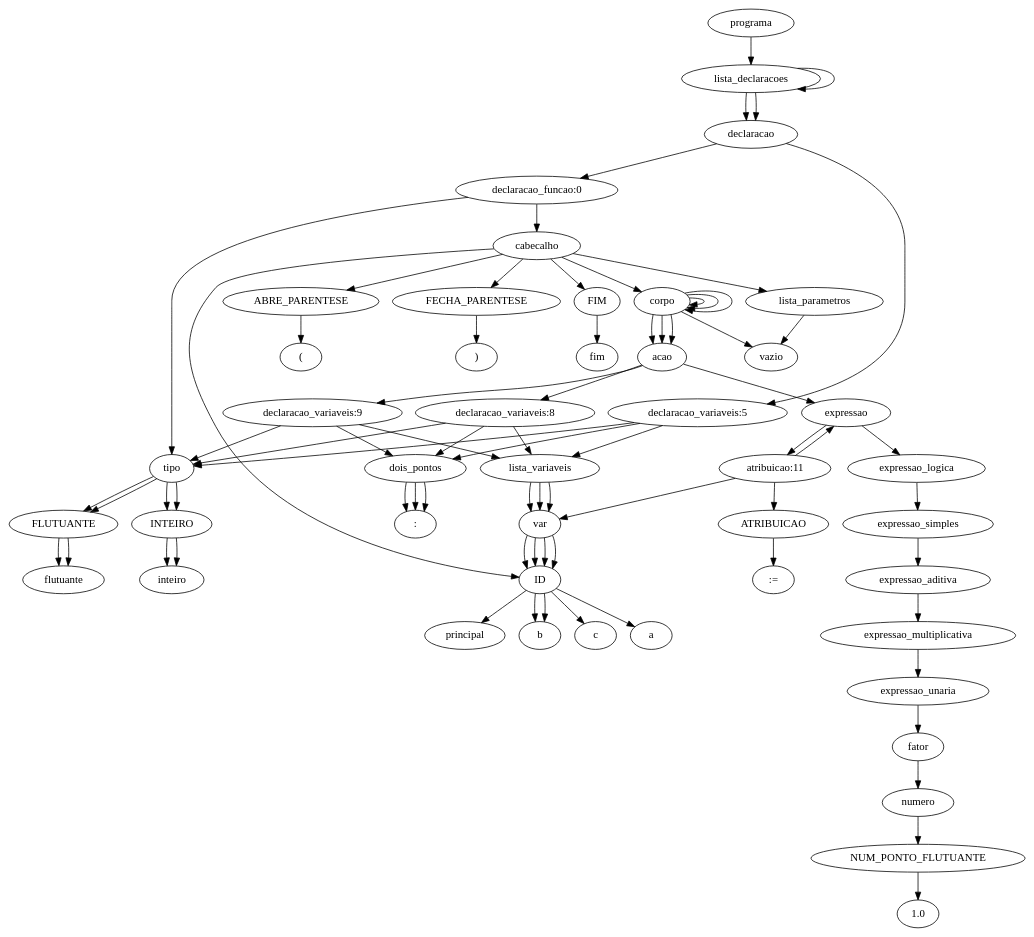
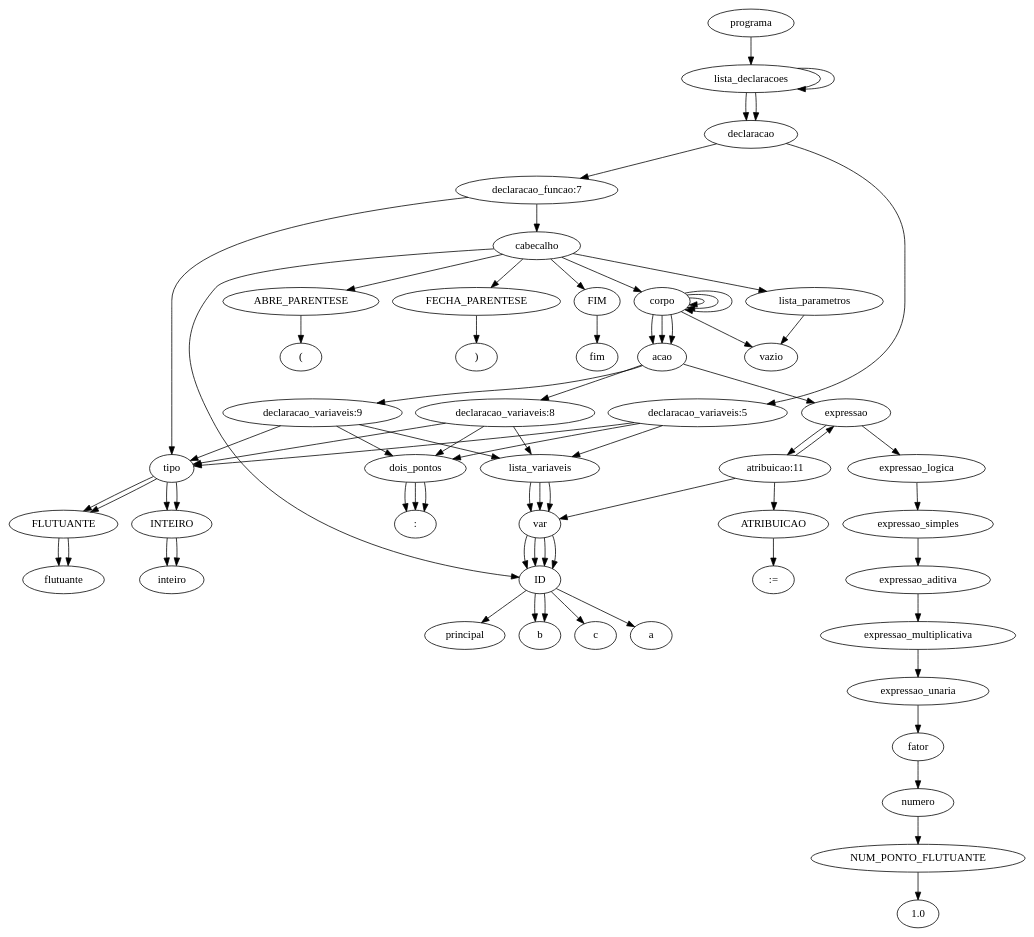
One commit to JuanFSR/Compiladores changed the diagram in 7.AnaliseSemantica/implementacao/semantica-testes/sema-009.tpp.ast.dot. Above: the diagram before and after it, drawn with Graphviz. The commit also changed 105 other files, not shown here.

```diff
--- a/7.AnaliseSemantica/implementacao/semantica-testes/sema-009.tpp.ast.dot
+++ b/7.AnaliseSemantica/implementacao/semantica-testes/sema-009.tpp.ast.dot
@@ -1,151 +1,151 @@
 digraph tree {
     "programa";
     "lista_declaracoes";
     "lista_declaracoes";
     "declaracao";
     "declaracao_variaveis:5";
     "tipo";
     "FLUTUANTE";
     "flutuante";
     "dois_pontos";
     ":";
     "lista_variaveis";
     "var";
     "ID";
     "a";
     "declaracao";
-    "declaracao_funcao:0";
+    "declaracao_funcao:7";
     "tipo";
     "INTEIRO";
     "inteiro";
     "cabecalho";
     "ID";
     "principal";
     "ABRE_PARENTESE";
     "(";
     "lista_parametros";
     "vazio";
     "FECHA_PARENTESE";
     ")";
     "corpo";
     "corpo";
     "corpo";
     "corpo";
     "vazio";
     "acao";
     "declaracao_variaveis:8";
     "tipo";
     "FLUTUANTE";
     "flutuante";
     "dois_pontos";
     ":";
     "lista_variaveis";
     "var";
     "ID";
     "b";
     "acao";
     "declaracao_variaveis:9";
     "tipo";
     "INTEIRO";
     "inteiro";
     "dois_pontos";
     ":";
     "lista_variaveis";
     "var";
     "ID";
     "c";
     "acao";
     "expressao";
     "atribuicao:11";
     "var";
     "ID";
     "b";
     "ATRIBUICAO";
     ":=";
     "expressao";
     "expressao_logica";
     "expressao_simples";
     "expressao_aditiva";
     "expressao_multiplicativa";
     "expressao_unaria";
     "fator";
     "numero";
     "NUM_PONTO_FLUTUANTE";
     "1.0";
     "FIM";
     "fim";
     "programa" -> "lista_declaracoes";
     "lista_declaracoes" -> "lista_declaracoes";
     "lista_declaracoes" -> "declaracao";
     "lista_declaracoes" -> "declaracao";
     "declaracao" -> "declaracao_variaveis:5";
     "declaracao_variaveis:5" -> "tipo";
     "declaracao_variaveis:5" -> "dois_pontos";
     "declaracao_variaveis:5" -> "lista_variaveis";
     "tipo" -> "FLUTUANTE";
     "FLUTUANTE" -> "flutuante";
     "dois_pontos" -> ":";
     "lista_variaveis" -> "var";
     "var" -> "ID";
     "ID" -> "a";
-    "declaracao" -> "declaracao_funcao:0";
-    "declaracao_funcao:0" -> "tipo";
-    "declaracao_funcao:0" -> "cabecalho";
+    "declaracao" -> "declaracao_funcao:7";
+    "declaracao_funcao:7" -> "tipo";
+    "declaracao_funcao:7" -> "cabecalho";
     "tipo" -> "INTEIRO";
     "INTEIRO" -> "inteiro";
     "cabecalho" -> "ID";
     "cabecalho" -> "ABRE_PARENTESE";
     "cabecalho" -> "lista_parametros";
     "cabecalho" -> "FECHA_PARENTESE";
     "cabecalho" -> "corpo";
     "cabecalho" -> "FIM";
     "ID" -> "principal";
     "ABRE_PARENTESE" -> "(";
     "lista_parametros" -> "vazio";
     "FECHA_PARENTESE" -> ")";
     "corpo" -> "corpo";
     "corpo" -> "acao";
     "corpo" -> "corpo";
     "corpo" -> "acao";
     "corpo" -> "corpo";
     "corpo" -> "acao";
     "corpo" -> "vazio";
     "acao" -> "declaracao_variaveis:8";
     "declaracao_variaveis:8" -> "tipo";
     "declaracao_variaveis:8" -> "dois_pontos";
     "declaracao_variaveis:8" -> "lista_variaveis";
     "tipo" -> "FLUTUANTE";
     "FLUTUANTE" -> "flutuante";
     "dois_pontos" -> ":";
     "lista_variaveis" -> "var";
     "var" -> "ID";
     "ID" -> "b";
     "acao" -> "declaracao_variaveis:9";
     "declaracao_variaveis:9" -> "tipo";
     "declaracao_variaveis:9" -> "dois_pontos";
     "declaracao_variaveis:9" -> "lista_variaveis";
     "tipo" -> "INTEIRO";
     "INTEIRO" -> "inteiro";
     "dois_pontos" -> ":";
     "lista_variaveis" -> "var";
     "var" -> "ID";
     "ID" -> "c";
     "acao" -> "expressao";
     "expressao" -> "atribuicao:11";
     "atribuicao:11" -> "var";
     "atribuicao:11" -> "ATRIBUICAO";
     "atribuicao:11" -> "expressao";
     "var" -> "ID";
     "ID" -> "b";
     "ATRIBUICAO" -> ":=";
     "expressao" -> "expressao_logica";
     "expressao_logica" -> "expressao_simples";
     "expressao_simples" -> "expressao_aditiva";
     "expressao_aditiva" -> "expressao_multiplicativa";
     "expressao_multiplicativa" -> "expressao_unaria";
     "expressao_unaria" -> "fator";
     "fator" -> "numero";
     "numero" -> "NUM_PONTO_FLUTUANTE";
     "NUM_PONTO_FLUTUANTE" -> "1.0";
     "FIM" -> "fim";
 }
```
